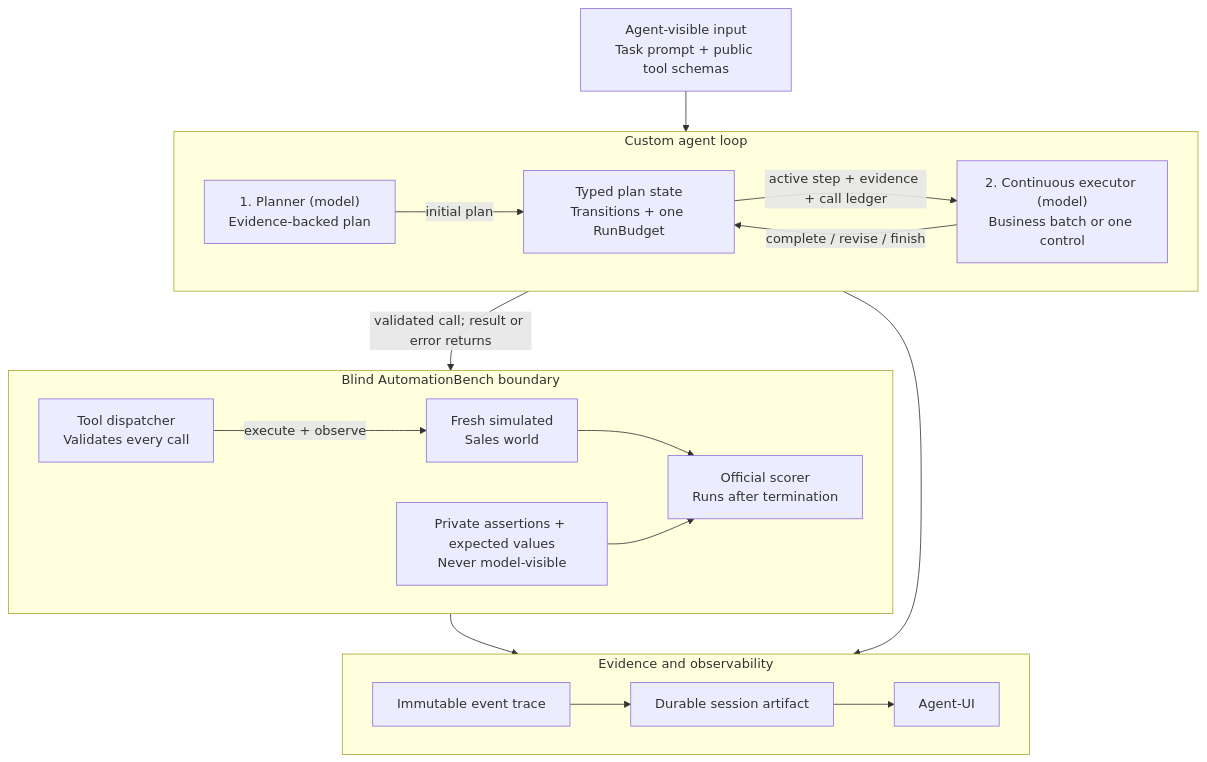
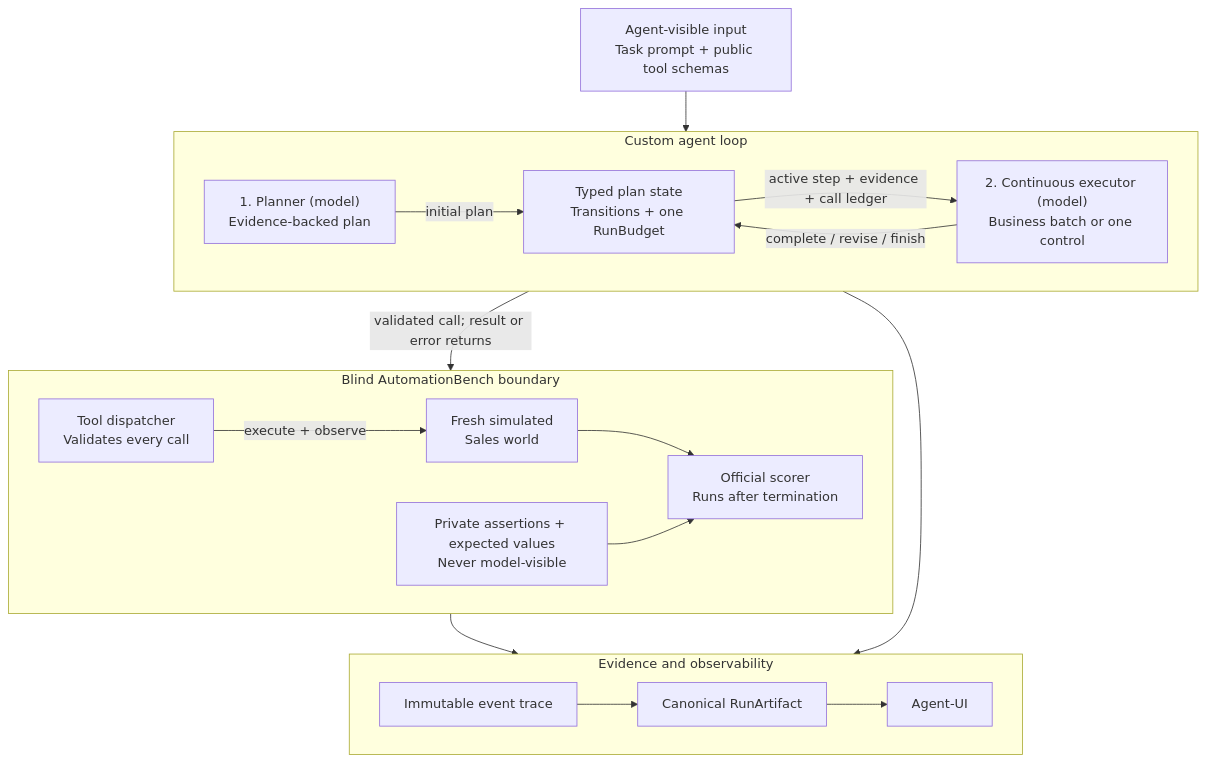
One commit to Martinmjal/sales_ai_agent_case_study changed the diagram in README.md. Above: the diagram before and after it, drawn with Mermaid. The commit also changed other lines of this file and 158 other files, not shown here.

Commit message:
feat(artifacts): adopt canonical RunArtifact #24

````diff
--- a/README.md
+++ b/README.md
@@ -67,42 +67,42 @@
 ```mermaid
 flowchart TB
     I["Agent-visible input<br/>Task prompt + public tool schemas"]
 
     subgraph CORE["Custom agent loop"]
         direction LR
         P["1. Planner (model)<br/>Evidence-backed plan"]
         C["Typed plan state<br/>Transitions + one RunBudget"]
         E["2. Continuous executor (model)<br/>Business batch or one control"]
 
         P -->|"initial plan"| C
         C -->|"active step + evidence + call ledger"| E
         E -->|"complete / revise / finish"| C
     end
 
     subgraph BENCH["Blind AutomationBench boundary"]
         direction LR
         D["Tool dispatcher<br/>Validates every call"]
         W["Fresh simulated<br/>Sales world"]
         S["Official scorer<br/>Runs after termination"]
         X["Private assertions + expected values<br/>Never model-visible"]
 
         D -->|"execute + observe"| W
         W --> S
         X --> S
     end
 
     subgraph OUTPUT["Evidence and observability"]
         direction LR
         T["Immutable event trace"]
-        O["Durable session artifact"]
+        O["Canonical RunArtifact"]
         U["Agent-UI"]
 
         T --> O
         O --> U
     end
 
     I --> P
     E -->|"validated call; result or error returns"| D
     C --> T
     S --> O
 ```
````
